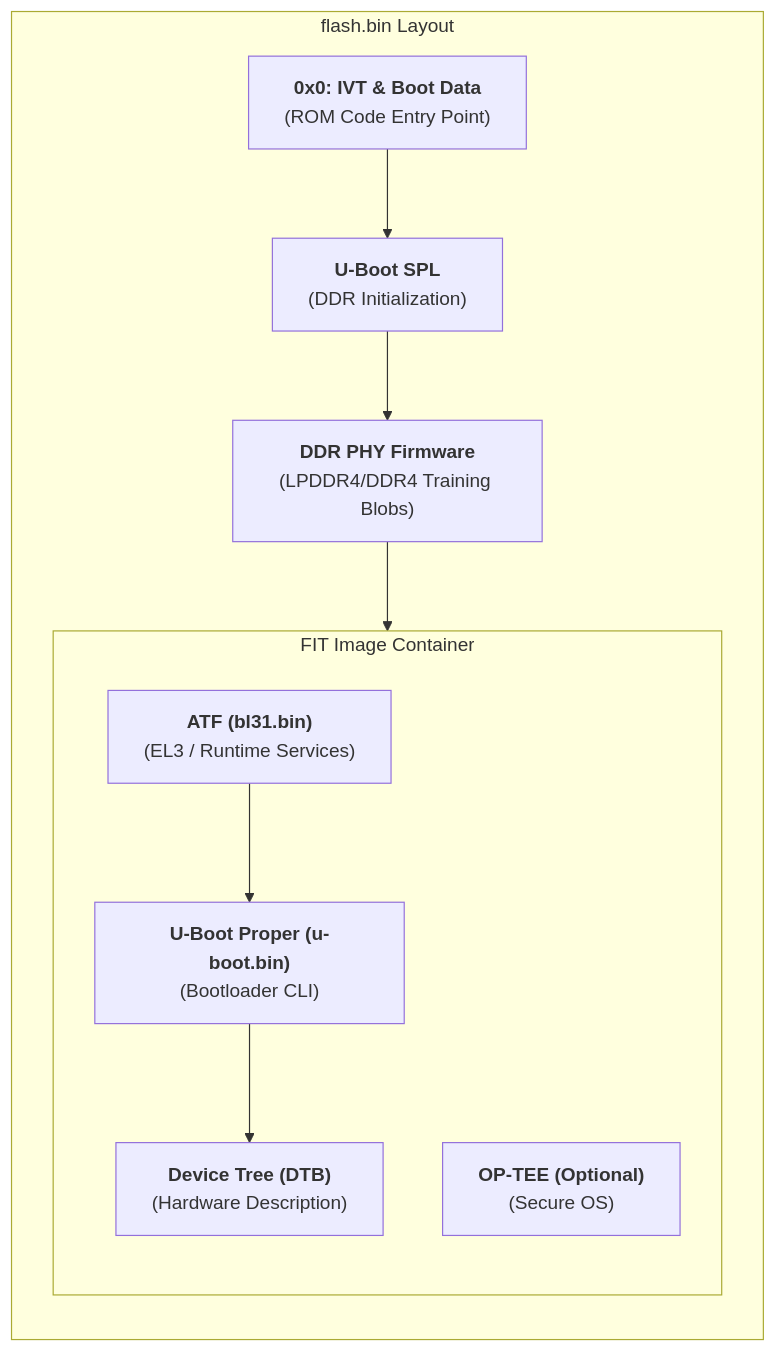
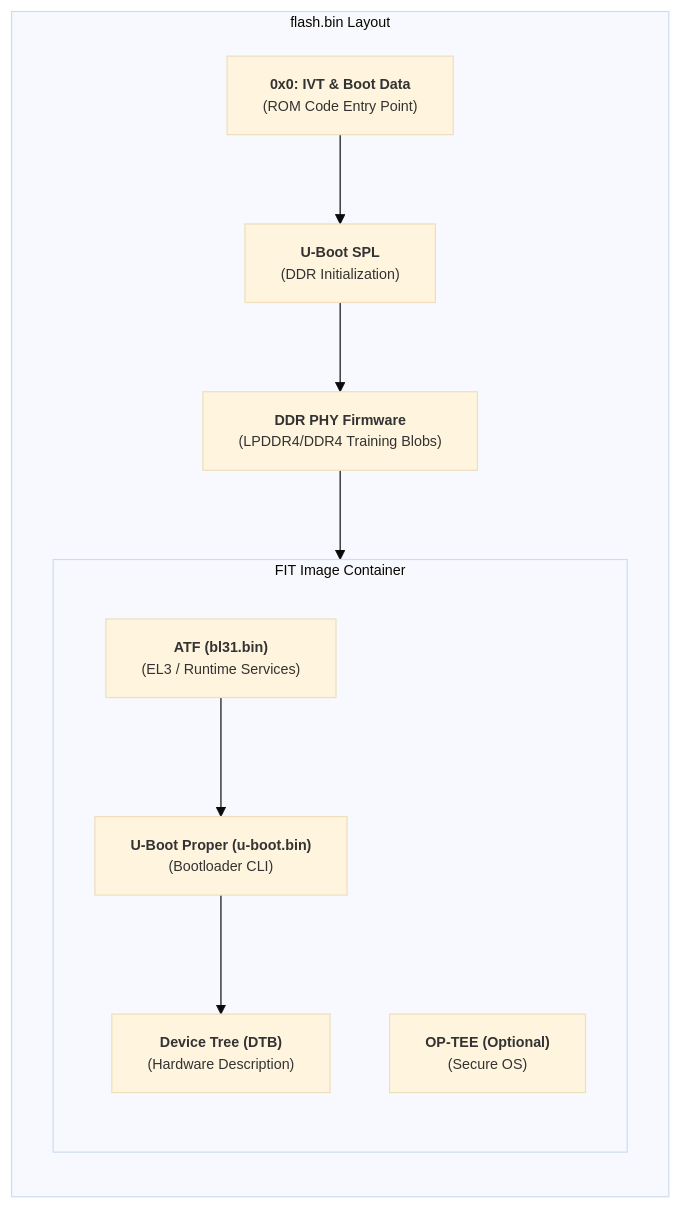
The first of 2 diagrams in U-Boot/U-Boot-layout.md (jinho-yoo/imx8m-quad-embedded-linux), drawn with Mermaid before and after one commit.

````diff
--- a/U-Boot/U-Boot-layout.md
+++ b/U-Boot/U-Boot-layout.md
@@ -58,24 +58,25 @@
 ```mermaid
+%%{init: {'theme': 'base', 'themeVariables': { 'fontSize': '12px'}}}%%
 graph TD
     subgraph Flash_Binary [flash.bin Layout]
         direction TB
         
         Header["<b>0x0: IVT & Boot Data</b><br/>(ROM Code Entry Point)"]
         SPL["<b>U-Boot SPL</b><br/>(DDR Initialization)"]
         DDR_FW["<b>DDR PHY Firmware</b><br/>(LPDDR4/DDR4 Training Blobs)"]
         
         subgraph FIT_Container [FIT Image Container]
             direction TB
             ATF["<b>ATF (bl31.bin)</b><br/>(EL3 / Runtime Services)"]
             UBOOT["<b>U-Boot Proper (u-boot.bin)</b><br/>(Bootloader CLI)"]
             DTB["<b>Device Tree (DTB)</b><br/>(Hardware Description)"]
             TEE["<b>OP-TEE (Optional)</b><br/>(Secure OS)"]
         end
     end
 
     Header --> SPL
     SPL --> DDR_FW
     DDR_FW --> ATF
     ATF --> UBOOT
     UBOOT --> DTB
 ```
````
